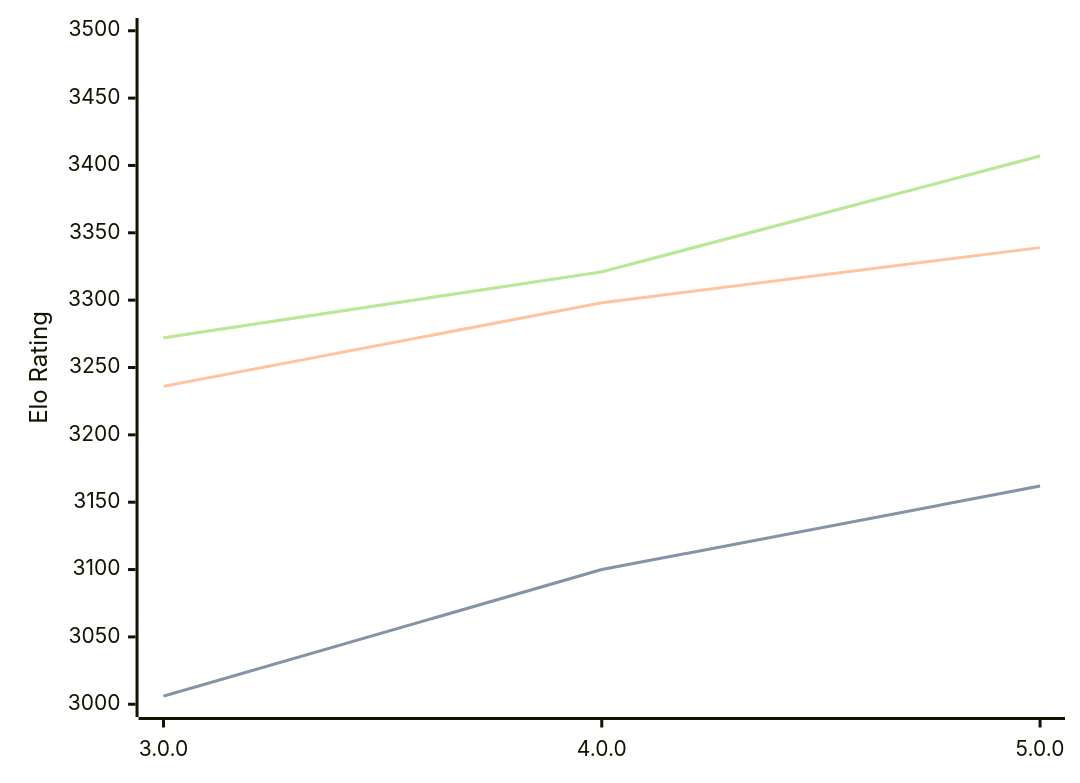
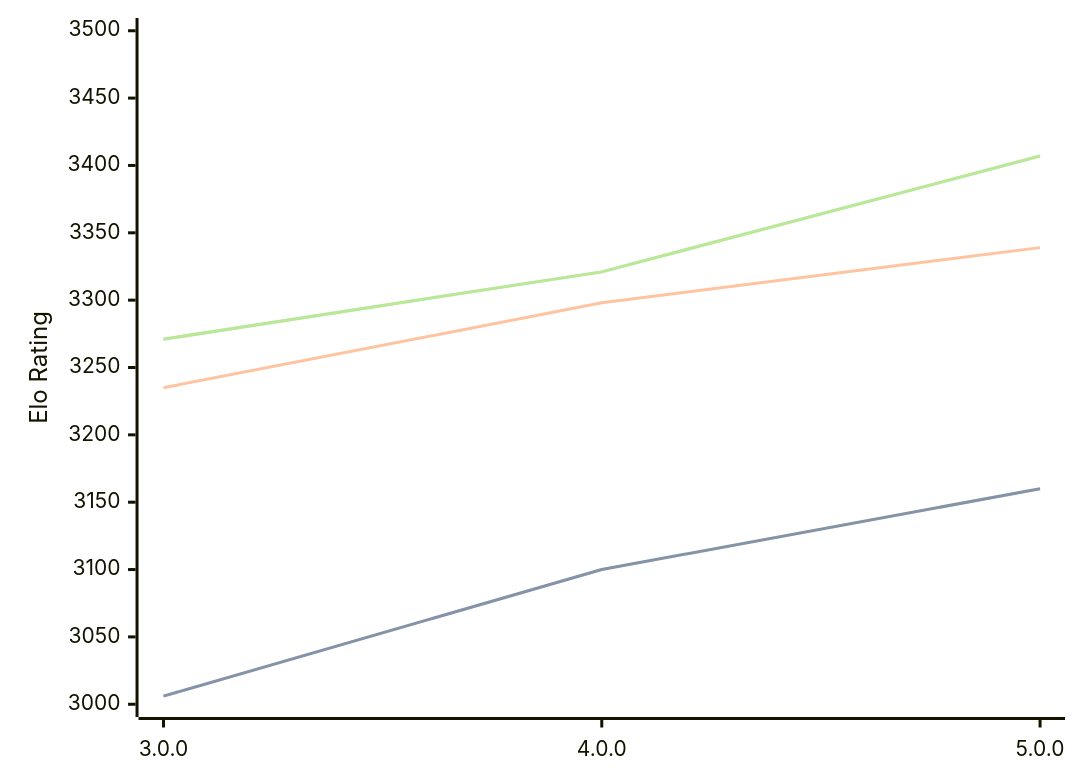
The diagram in engines/Minke.md (computer-chess-index/cci), drawn with Mermaid before and after one commit. The commit also changed other lines of this file, not shown here.

Commit message:
Update CCI Ratings (ELO VLTC) - 2026-03-22

````diff
--- a/engines/Minke.md
+++ b/engines/Minke.md
@@ -35,11 +35,11 @@
 ```mermaid
 %%{init: {"theme":"base","themeVariables":{"seriesColors:['#a3a3a3','#222221','#faa371']}}}%%
 xychart-beta
   x-axis ["3.0.0", "4.0.0", "5.0.0"]
   y-axis "Elo Rating" 3000 --> 3500
-  line "STC (8.0+0.08s)" [3006, 3100, 3162]
-  line "STC (8.0+0.08s)" [3006, 3100, 3162]
-  line "LTC (60.0+0.60s)" [3236, 3298, 3339]
-  line "VLTC (2m24s+1.12s)" [3272, 3321, 3407]
-  line "VLTC (2m24s+1.12s)" [3272, 3321, 3407]
+  line "STC (8.0+0.08s)" [3006, 3100, 3160]
+  line "STC (8.0+0.08s)" [3006, 3100, 3160]
+  line "LTC (60.0+0.60s)" [3235, 3298, 3339]
+  line "VLTC (2m24s+1.12s)" [3271, 3321, 3407]
+  line "VLTC (2m24s+1.12s)" [3271, 3321, 3407]
 ```
````
